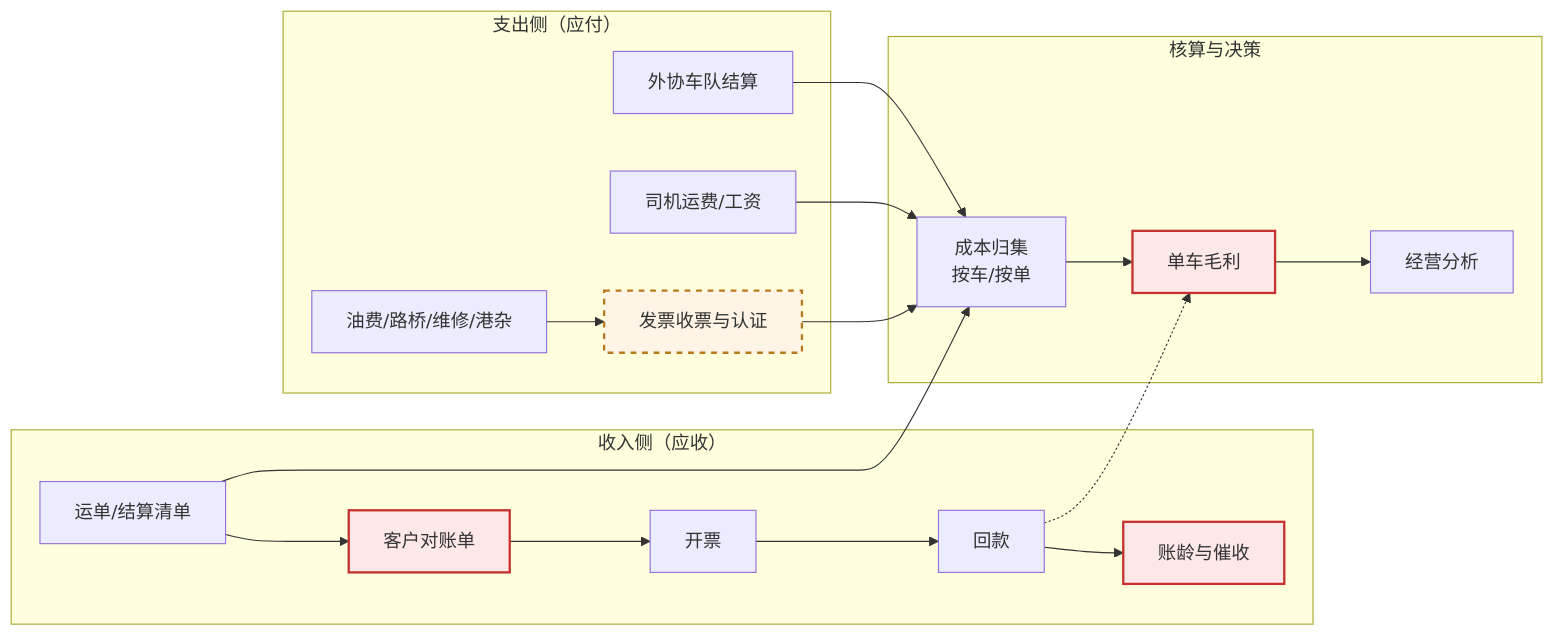
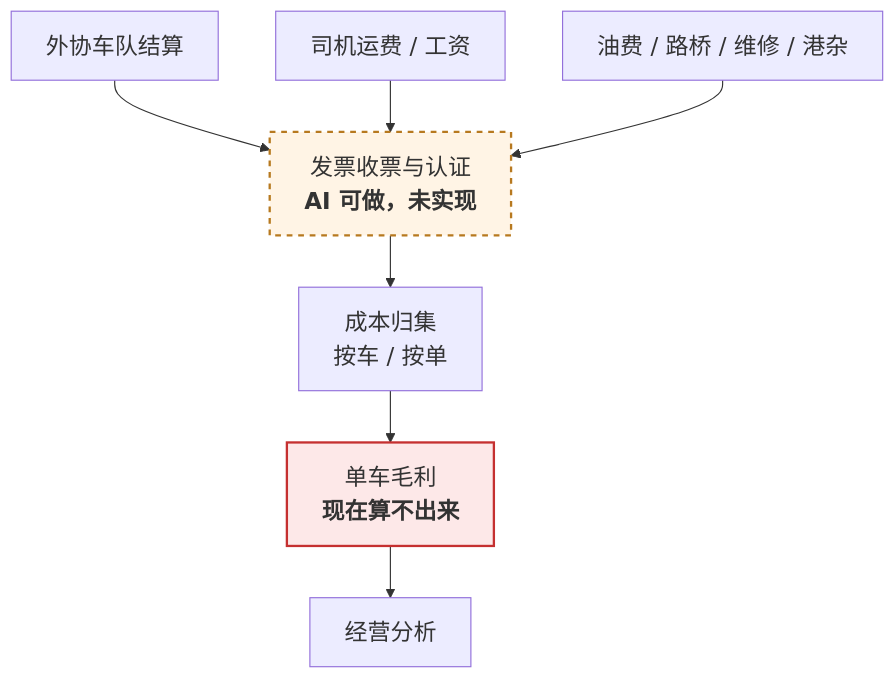
The third of 4 diagrams in 会客包/10_业务与财务流程图.md (roma007/Enterprise-AI), drawn with Mermaid before and after one commit. The commit also changed other lines of this file, not shown here.

First line of the commit message:
流程图放大：字号 20px、按原尺寸渲染、拆宽图

````diff
--- a/会客包/10_业务与财务流程图.md
+++ b/会客包/10_业务与财务流程图.md
@@ -70,38 +95,22 @@
 ```mermaid
-flowchart LR
-  subgraph 收入["收入侧（应收）"]
-    R1["运单/结算清单"]
-    R2["客户对账单"]
-    R3["开票"]
-    R4["回款"]
-    R5["账龄与催收"]
-  end
+%%{init: {"themeVariables": {"fontSize": "20px", "fontFamily": "-apple-system, \"PingFang SC\", sans-serif"}, "flowchart": {"useMaxWidth": false, "nodeSpacing": 50, "rankSpacing": 45, "wrappingWidth": 340, "htmlLabels": true}}}%%
+flowchart TB
+  P1["外协车队结算"]
+  P2["司机运费 / 工资"]
+  P3["油费 / 路桥 / 维修 / 港杂"]
+  P4["发票收票与认证<br/><b>AI 可做，未实现</b>"]
+  S1["成本归集<br/>按车 / 按单"]
+  S2["单车毛利<br/><b>现在算不出来</b>"]
+  S3["经营分析"]
 
-  subgraph 支出["支出侧（应付）"]
-    P1["外协车队结算"]
-    P2["司机运费/工资"]
-    P3["油费/路桥/维修/港杂"]
-    P4["发票收票与认证"]
-  end
+  P1 --> P4
+  P2 --> P4
+  P3 --> P4
+  P4 --> S1 --> S2 --> S3
 
-  subgraph 核算["核算与决策"]
-    S1["成本归集<br/>按车/按单"]
-    S2["单车毛利"]
-    S3["经营分析"]
-  end
-
-  R1 --> R2 --> R3 --> R4 --> R5
-  R1 --> S1
-  P1 --> S1
-  P2 --> S1
-  P3 --> P4 --> S1
-  S1 --> S2 --> S3
-  R4 -.-> S2
-
-  classDef ai fill:#d4f4dd,stroke:#2f855a,stroke-width:2px
   classDef plan fill:#fff4e5,stroke:#b7791f,stroke-width:2px,stroke-dasharray:5 5
   classDef pain fill:#fde8e8,stroke:#c53030,stroke-width:2px
 
   class P4 plan
-  class R2,R5,S2 pain
+  class S2 pain
 ```
````
